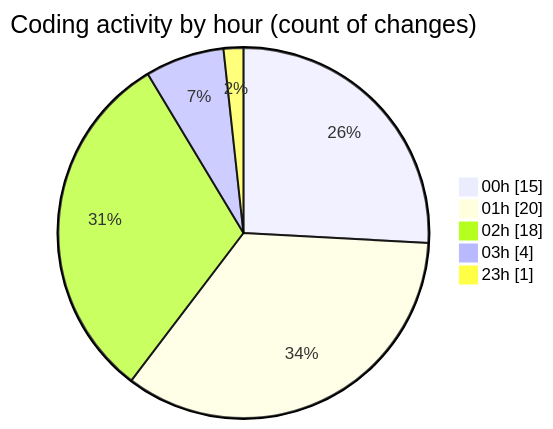
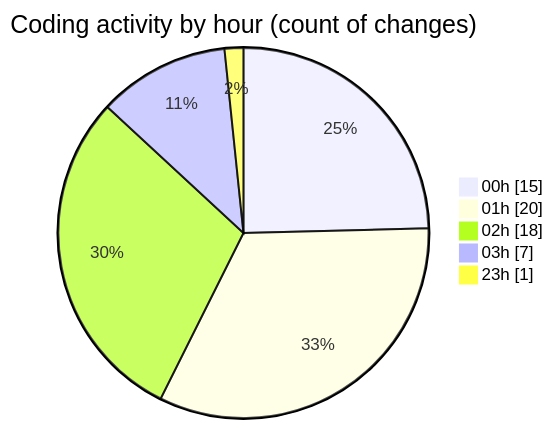
Before and after one commit to lephambinh05/code-tracking: the second of 2 diagrams in 2025-08-04/studybuddy/README.md, drawn with Mermaid. The commit also changed other lines of this file and 1 other file, not shown here.

````diff
--- a/2025-08-04/studybuddy/README.md
+++ b/2025-08-04/studybuddy/README.md
@@ -47,9 +49,9 @@
 ```mermaid
 pie showData
 title Coding activity by hour (count of changes)
 "00h" : 15
 "01h" : 20
 "02h" : 18
-"03h" : 4
+"03h" : 7
 "23h" : 1
 ```
````
